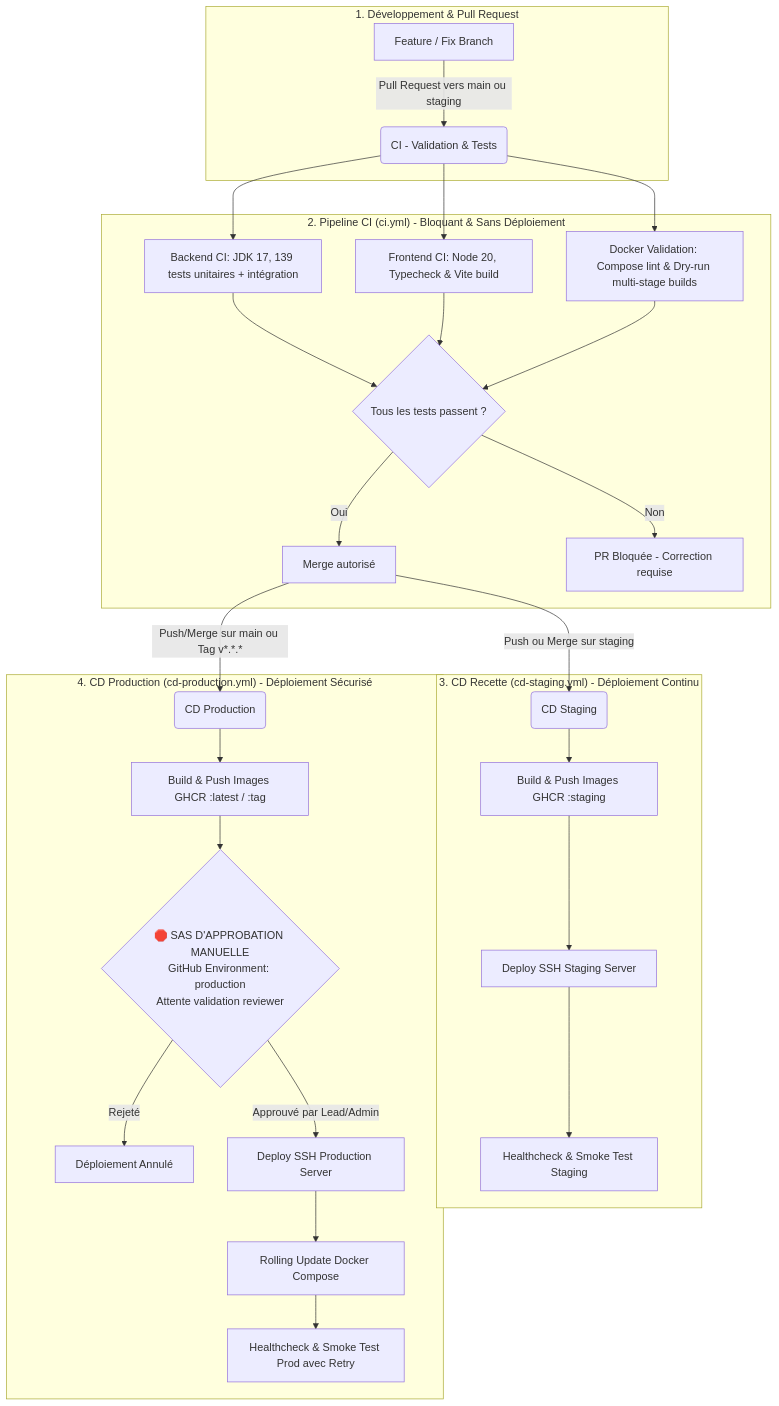
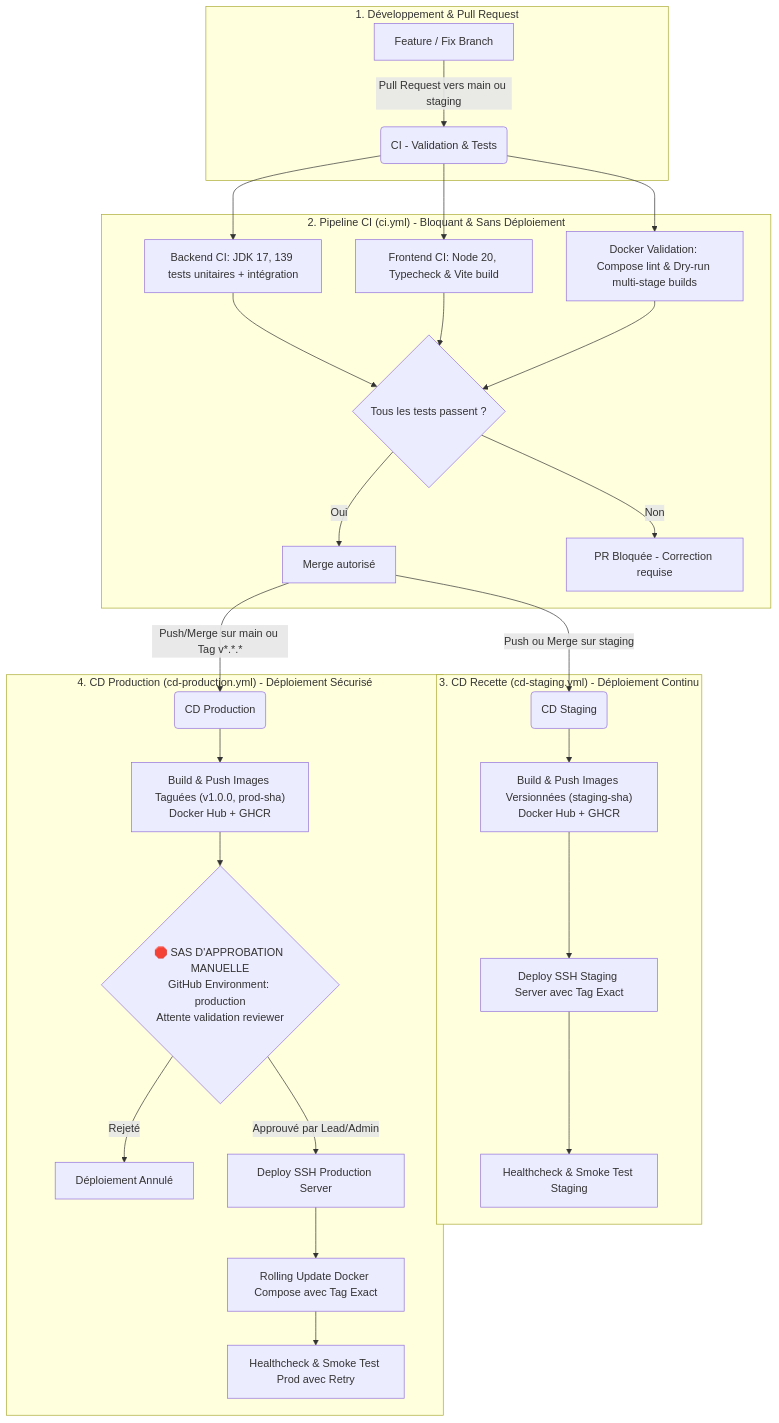
The diagram in docs/CI_CD_GUIDE.md (said101112/StockPilot), drawn with Mermaid before and after one commit. The commit also changed other lines of this file and 4 other files, not shown here.

Commit message:
feat(ci-cd): support Docker Hub and enforce strict immutable version tags (zero latest policy)

````diff
--- a/docs/CI_CD_GUIDE.md
+++ b/docs/CI_CD_GUIDE.md
@@ -11,34 +22,34 @@
 ```mermaid
 flowchart TD
     subgraph Dev ["1. Développement & Pull Request"]
         A[Feature / Fix Branch] -->|Pull Request vers main ou staging| B(CI - Validation & Tests)
     end
 
     subgraph CI ["2. Pipeline CI (ci.yml) - Bloquant & Sans Déploiement"]
         B --> C1[Backend CI: JDK 17, 139 tests unitaires + intégration]
         B --> C2[Frontend CI: Node 20, Typecheck & Vite build]
         B --> C3[Docker Validation: Compose lint & Dry-run multi-stage builds]
         C1 --> D{Tous les tests passent ?}
         C2 --> D
         C3 --> D
         D -->|Oui| E[Merge autorisé]
         D -->|Non| F[PR Bloquée - Correction requise]
     end
 
     subgraph Staging ["3. CD Recette (cd-staging.yml) - Déploiement Continu"]
         E -->|Push ou Merge sur staging| G(CD Staging)
-        G --> H1[Build & Push Images GHCR :staging]
-        H1 --> H2[Deploy SSH Staging Server]
+        G --> H1["Build & Push Images Versionnées (staging-sha)\nDocker Hub + GHCR"]
+        H1 --> H2[Deploy SSH Staging Server avec Tag Exact]
         H2 --> H3[Healthcheck & Smoke Test Staging]
     end
 
     subgraph Production ["4. CD Production (cd-production.yml) - Déploiement Sécurisé"]
         E -->|Push/Merge sur main ou Tag v*.*.*| I(CD Production)
-        I --> J1[Build & Push Images GHCR :latest / :tag]
+        I --> J1["Build & Push Images Taguées (v1.0.0, prod-sha)\nDocker Hub + GHCR"]
         J1 --> J2{🛑 SAS D'APPROBATION MANUELLE\nGitHub Environment: production\nAttente validation reviewer}
         J2 -->|Rejeté| K1[Déploiement Annulé]
         J2 -->|Approuvé par Lead/Admin| J3[Deploy SSH Production Server]
-        J3 --> J4[Rolling Update Docker Compose]
+        J3 --> J4[Rolling Update Docker Compose avec Tag Exact]
         J4 --> J5[Healthcheck & Smoke Test Prod avec Retry]
     end
 ```
````
